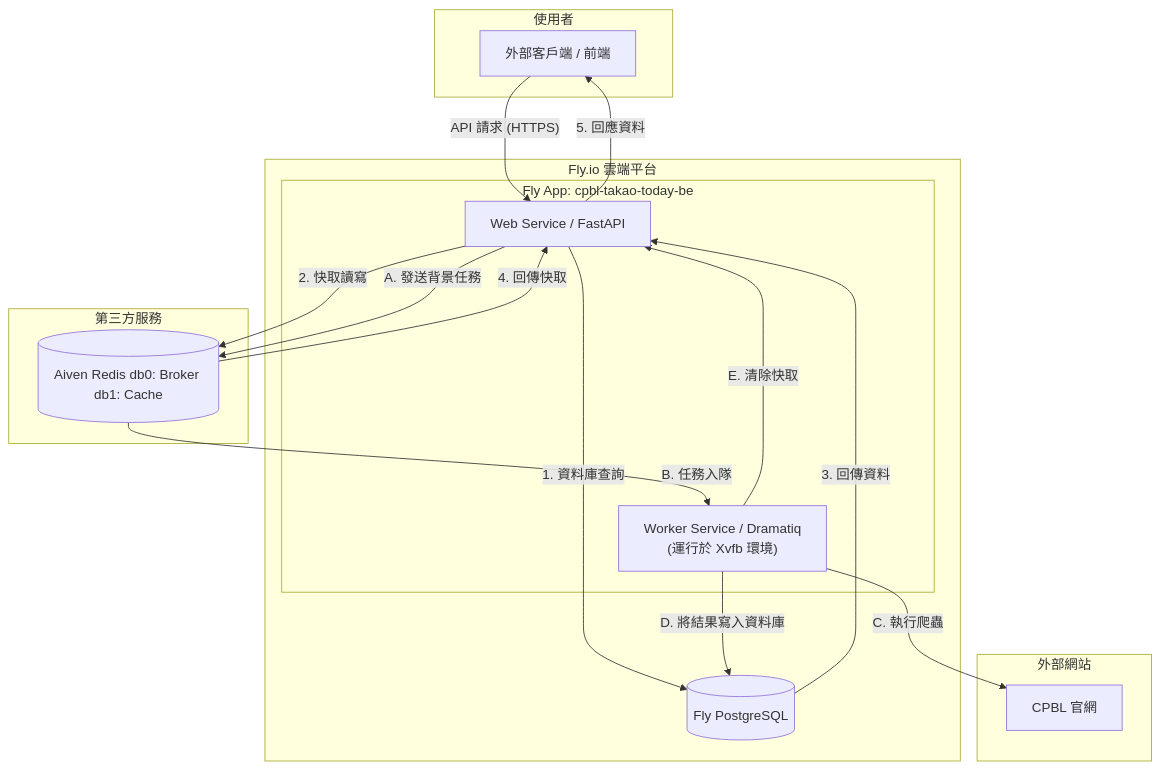
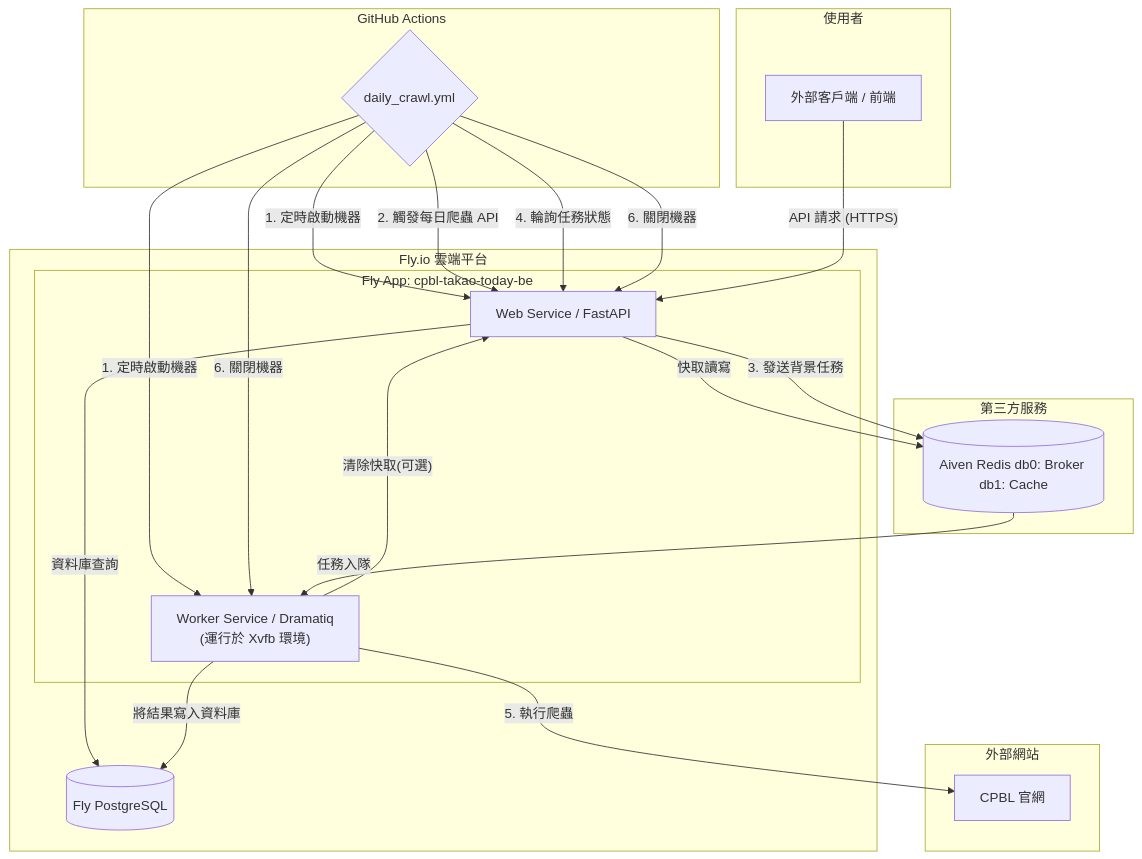
One commit to s22shadowl/cpbl_takao_today_BE changed the diagram in readme.md. Above: the diagram before and after it, drawn with Mermaid. The commit also changed other lines of this file and 1 other file, not shown here.

````diff
--- a/readme.md
+++ b/readme.md
@@ -46,35 +33,42 @@
 ```mermaid
 graph TD
     subgraph "使用者"
         Client[外部客戶端 / 前端]
+    end
+
+    subgraph "GitHub Actions"
+        GHA{daily_crawl.yml}
     end
 
     subgraph "Fly.io 雲端平台"
         subgraph "Fly App: cpbl-takao-today-be"
             Web[Web Service / FastAPI]
             Worker["Worker Service / Dramatiq<br/>(運行於 Xvfb 環境)"]
         end
         DB[(Fly PostgreSQL)]
     end
 
     subgraph "第三方服務"
         Redis[(Aiven Redis db0: Broker db1: Cache)]
     end
 
     subgraph "外部網站"
         CPBL[CPBL 官網]
     end
 
+    GHA -- "1. 定時啟動機器" --> Web
+    GHA -- "1. 定時啟動機器" --> Worker
+    GHA -- "2. 觸發每日爬蟲 API" --> Web
+    GHA -- "4. 輪詢任務狀態" --> Web
+    GHA -- "6. 關閉機器" --> Web
+    GHA -- "6. 關閉機器" --> Worker
+
     Client -- "API 請求 (HTTPS)" --> Web
-    Web -- "1. 資料庫查詢" --> DB
-    Web -- "2. 快取讀寫" --> Redis
-    DB -- "3. 回傳資料" --> Web
-    Redis -- "4. 回傳快取" --> Web
-    Web -- "5. 回應資料" --> Client
-
-    Web -- "A. 發送背景任務" --> Redis
-    Redis -- "B. 任務入隊" --> Worker
-    Worker -- "C. 執行爬蟲" --> CPBL
-    Worker -- "D. 將結果寫入資料庫" --> DB
-    Worker -- "E. 清除快取" --> Web
+    Web -- "資料庫查詢" --> DB
+    Web -- "快取讀寫" --> Redis
+    Web -- "3. 發送背景任務" --> Redis
+    Redis -- "任務入隊" --> Worker
+    Worker -- "5. 執行爬蟲" --> CPBL
+    Worker -- "將結果寫入資料庫" --> DB
+    Worker -- "清除快取(可選)" --> Web
 ```
````
